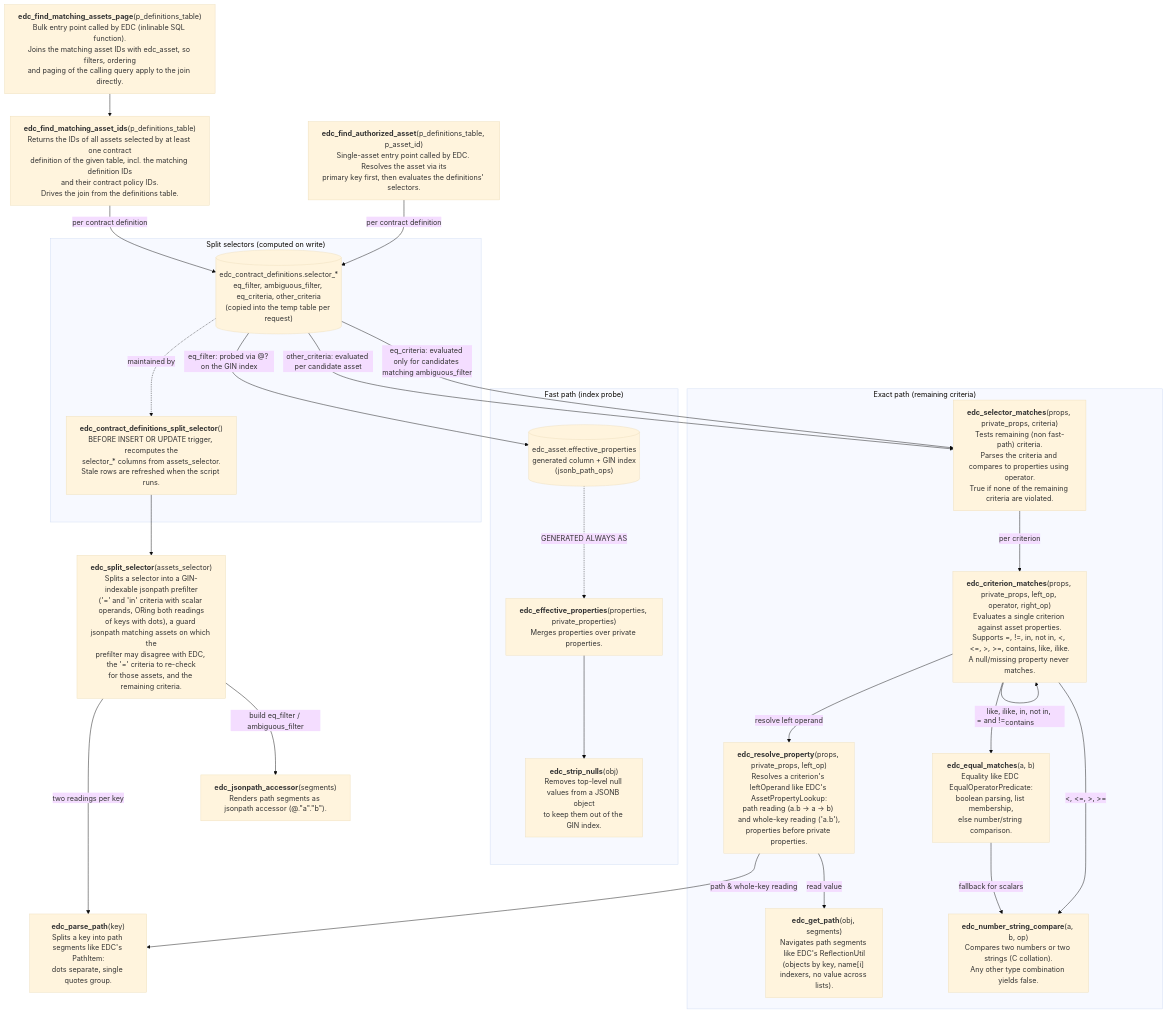
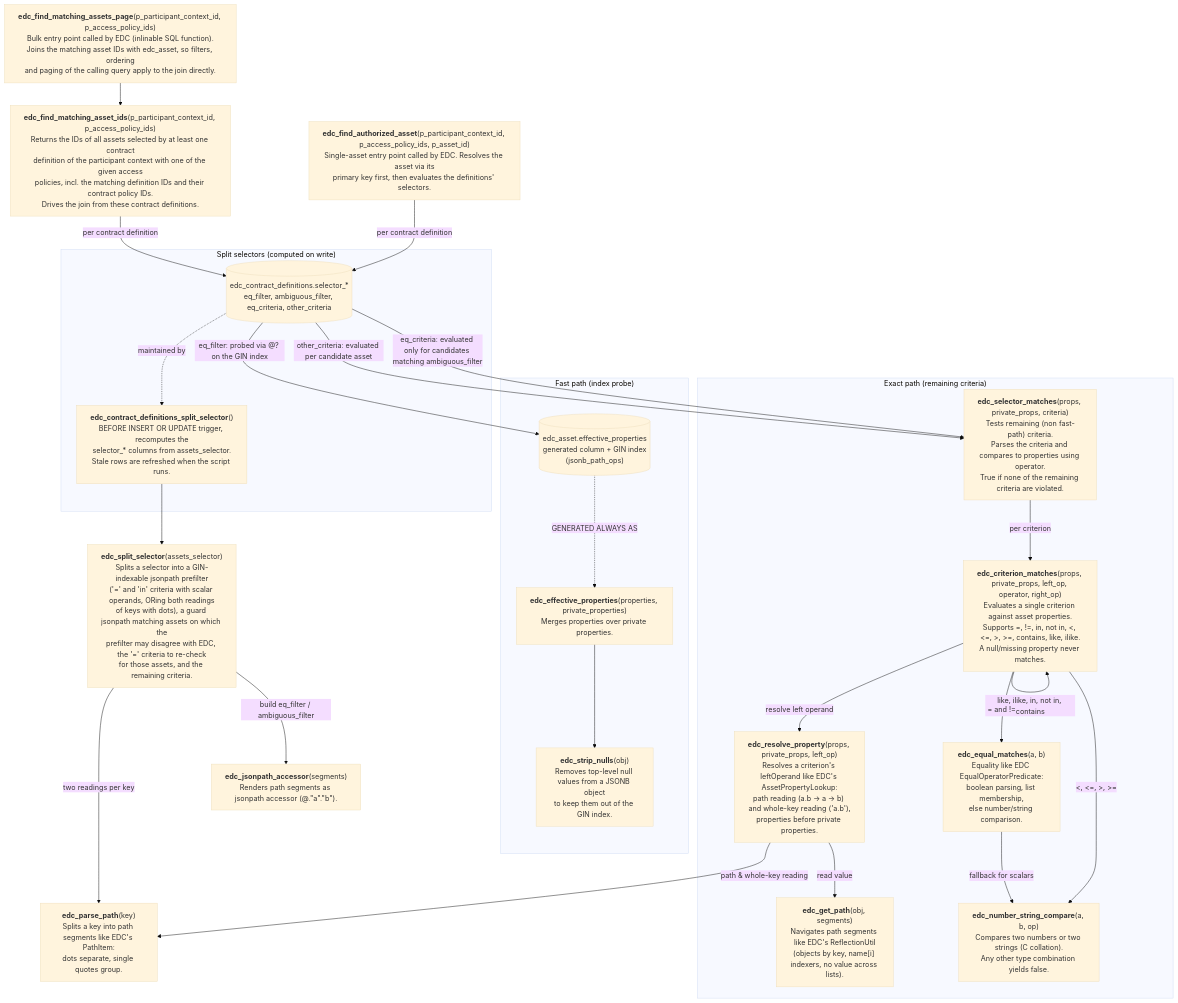
The diagram in edc-extensions/catalog-scaling/docs/2_postgres-functions.mmd (FraunhoferISST/tractusx-edc), drawn with Mermaid (base theme) before and after one commit. The commit also changed 9 other files, not shown here.

Commit message:
feat: query contract definitions table directly

```diff
--- a/edc-extensions/catalog-scaling/docs/2_postgres-functions.mmd
+++ b/edc-extensions/catalog-scaling/docs/2_postgres-functions.mmd
@@ -1,79 +1,79 @@
 %% =====================================================================================================================
 %%  Copyright (c) 2026 Volkswagen AG
 %%  -
 %%  See the NOTICE file(s) distributed with this work for additional
 %%  information regarding copyright ownership.
 %%  -
 %%  This program and the accompanying materials are made available under the
 %%  terms of the Apache License, Version 2.0 which is available at
 %%  https://www.apache.org/licenses/LICENSE-2.0.
 %%  -
 %%  Unless required by applicable law or agreed to in writing, software
 %%  distributed under the License is distributed on an "AS IS" BASIS, WITHOUT
 %%  WARRANTIES OR CONDITIONS OF ANY KIND, either express or implied. See the
 %%  License for the specific language governing permissions and limitations
 %%  under the License.
 %%  -
 %%  AI Disclosure: This file was largely AI-generated. The AI-generated
 %%  portions are made available under CC0-1.0 and not subject to the
 %%  project's licence. The human contributor has reviewed and verified
 %%  that the code is correct.
 %%  -
 %%  SPDX-License-Identifier: CC-BY-4.0 AND CC0-1.0
 %%  Assisted-by: GitHub Copilot (Claude-Opus-5.5)
 %% =====================================================================================================================
 
 flowchart TD
-    PAGE["<b>edc_find_matching_assets_page</b>(p_definitions_table)<br/>Bulk entry point called by EDC (inlinable SQL function).<br/>Joins the matching asset IDs with edc_asset, so filters, ordering<br/>and paging of the calling query apply to the join directly."]
-    FMA["<b>edc_find_matching_asset_ids</b>(p_definitions_table)<br/>Returns the IDs of all assets selected by at least one contract<br/>definition of the given table, incl. the matching definition IDs<br/>and their contract policy IDs.<br/>Drives the join from the definitions table."]
-    ONE["<b>edc_find_authorized_asset</b>(p_definitions_table, p_asset_id)<br/>Single-asset entry point called by EDC. Resolves the asset via its<br/>primary key first, then evaluates the definitions' selectors."]
+    PAGE["<b>edc_find_matching_assets_page</b>(p_participant_context_id, p_access_policy_ids)<br/>Bulk entry point called by EDC (inlinable SQL function).<br/>Joins the matching asset IDs with edc_asset, so filters, ordering<br/>and paging of the calling query apply to the join directly."]
+    FMA["<b>edc_find_matching_asset_ids</b>(p_participant_context_id, p_access_policy_ids)<br/>Returns the IDs of all assets selected by at least one contract<br/>definition of the participant context with one of the given access<br/>policies, incl. the matching definition IDs and their contract policy IDs.<br/>Drives the join from these contract definitions."]
+    ONE["<b>edc_find_authorized_asset</b>(p_participant_context_id, p_access_policy_ids, p_asset_id)<br/>Single-asset entry point called by EDC. Resolves the asset via its<br/>primary key first, then evaluates the definitions' selectors."]
 
     PAGE --> FMA
     ONE -->|"per contract definition"| CDCOLS
 
     SPLIT["<b>edc_split_selector</b>(assets_selector)<br/>Splits a selector into a GIN-indexable jsonpath prefilter<br/>('=' and 'in' criteria with scalar operands, ORing both readings<br/>of keys with dots), a guard jsonpath matching assets on which the<br/>prefilter may disagree with EDC, the '=' criteria to re-check<br/>for those assets, and the remaining criteria."]
     PARSE["<b>edc_parse_path</b>(key)<br/>Splits a key into path segments like EDC's PathItem:<br/>dots separate, single quotes group."]
     ACC["<b>edc_jsonpath_accessor</b>(segments)<br/>Renders path segments as jsonpath accessor (@.&quot;a&quot;.&quot;b&quot;)."]
 
     subgraph exact["Exact path (remaining criteria)"]
         SELM["<b>edc_selector_matches</b>(props, private_props, criteria)<br/>Tests remaining (non fast-path) criteria.<br/>Parses the criteria and compares to properties using operator.<br/>True if none of the remaining criteria are violated."]
         CRIT["<b>edc_criterion_matches</b>(props, private_props, left_op, operator, right_op)<br/>Evaluates a single criterion against asset properties.<br/>Supports =, !=, in, not in, &lt;, &lt;=, &gt;, &gt;=, contains, like, ilike.<br/>A null/missing property never matches."]
         RES["<b>edc_resolve_property</b>(props, private_props, left_op)<br/>Resolves a criterion's leftOperand like EDC's AssetPropertyLookup:<br/>path reading (a.b -> a -> b) and whole-key reading ('a.b'),<br/>properties before private properties."]
         GET["<b>edc_get_path</b>(obj, segments)<br/>Navigates path segments like EDC's ReflectionUtil<br/>(objects by key, name[i] indexers, no value across lists)."]
         EQ["<b>edc_equal_matches</b>(a, b)<br/>Equality like EDC EqualOperatorPredicate:<br/>boolean parsing, list membership,<br/>else number/string comparison."]
         NSC["<b>edc_number_string_compare</b>(a, b, op)<br/>Compares two numbers or two strings (C collation).<br/>Any other type combination yields false."]
     end
 
     subgraph fast["Fast path (index probe)"]
         COL[("edc_asset.effective_properties<br/>generated column + GIN index<br/>(jsonb_path_ops)")]
         EFF["<b>edc_effective_properties</b>(properties, private_properties)<br/>Merges properties over private properties."]
         STRIP["<b>edc_strip_nulls</b>(obj)<br/>Removes top-level null values from a JSONB object<br/>to keep them out of the GIN index."]
     end
 
     FMA -->|"per contract definition"| CDCOLS
 
     subgraph stored["Split selectors (computed on write)"]
-        CDCOLS[("edc_contract_definitions.selector_*<br/>eq_filter, ambiguous_filter, eq_criteria, other_criteria<br/>(copied into the temp table per request)")]
+        CDCOLS[("edc_contract_definitions.selector_*<br/>eq_filter, ambiguous_filter, eq_criteria, other_criteria")]
         TRG["<b>edc_contract_definitions_split_selector</b>()<br/>BEFORE INSERT OR UPDATE trigger, recomputes the<br/>selector_* columns from assets_selector.<br/>Stale rows are refreshed when the script runs."]
     end
 
     CDCOLS -.->|"maintained by"| TRG
     TRG --> SPLIT
 
     CDCOLS -->|"eq_filter: probed via @? on the GIN index"| COL
     CDCOLS -->|"other_criteria: evaluated per candidate asset"| SELM
     CDCOLS -->|"eq_criteria: evaluated only for candidates matching ambiguous_filter"| SELM
     SPLIT -->|"two readings per key"| PARSE
     SPLIT -->|"build eq_filter / ambiguous_filter"| ACC
 
     SELM -->|"per criterion"| CRIT
     CRIT -->|"resolve left operand"| RES
     RES -->|"path & whole-key reading"| PARSE
     RES -->|"read value"| GET
     CRIT -->|"like, ilike, in, not in, contains"| CRIT
     CRIT -->|"= and !="| EQ
     CRIT -->|"&lt;, &lt;=, &gt;, &gt;="| NSC
     EQ -->|"fallback for scalars"| NSC
 
     COL -.->|"GENERATED ALWAYS AS"| EFF
     EFF --> STRIP
```
